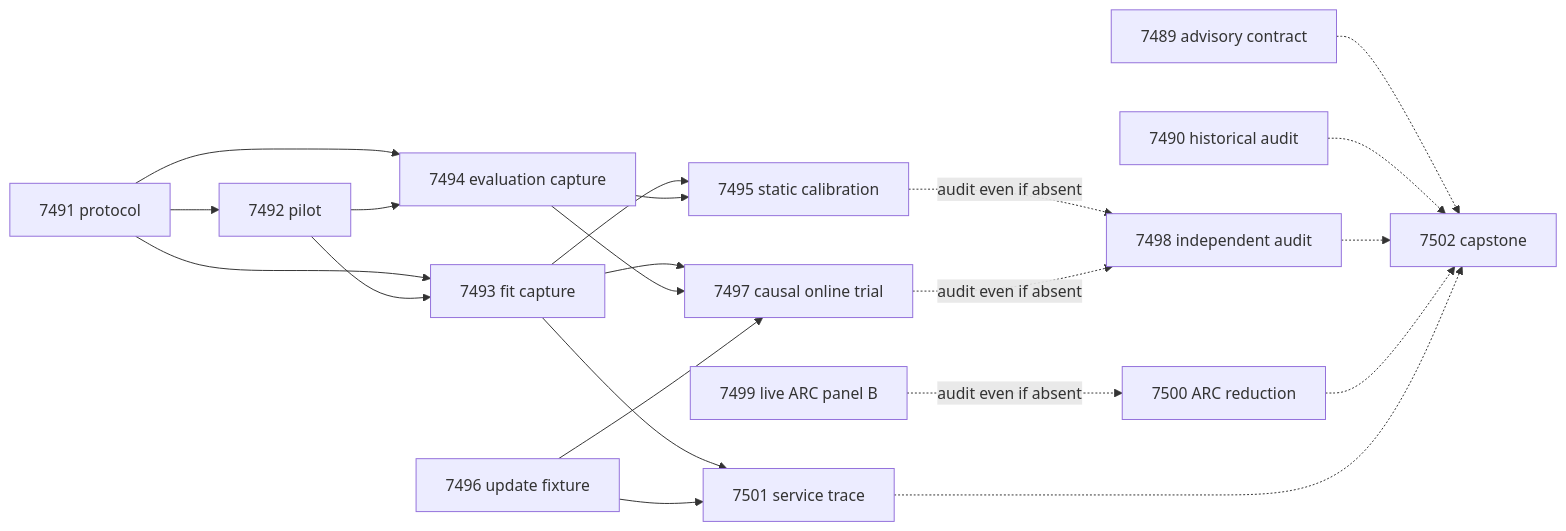
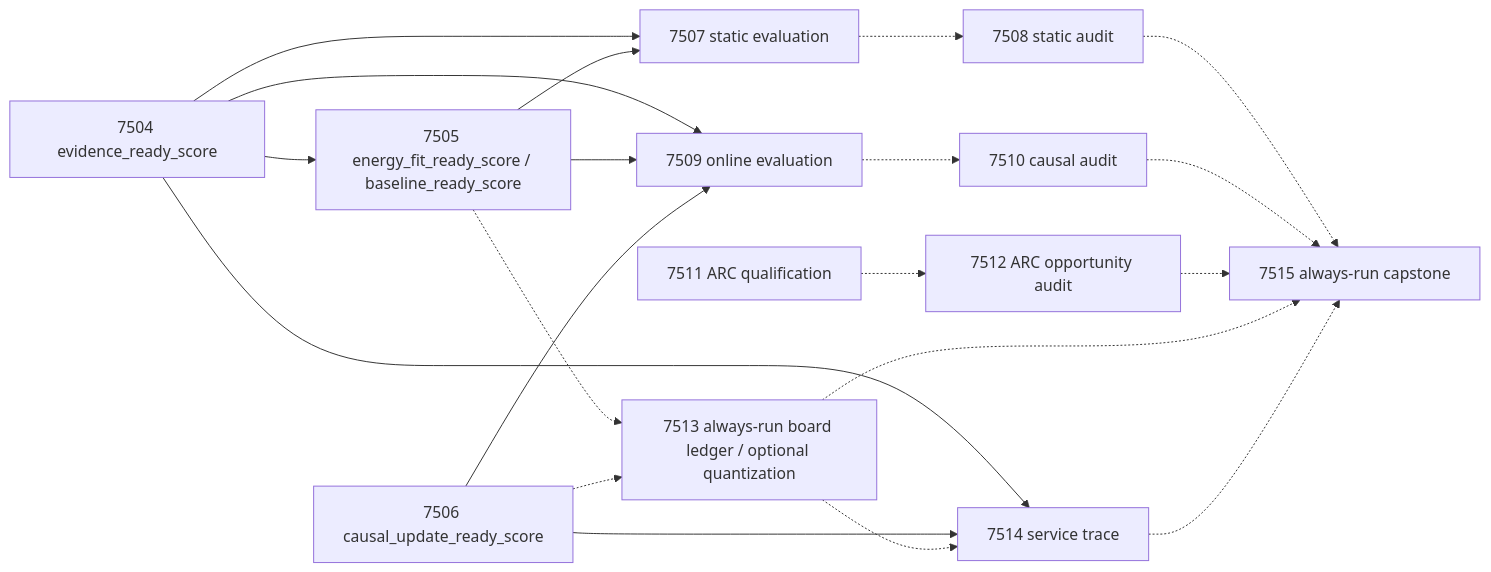
One commit to Carnot-EBM/carnot-ebm changed the second of 2 diagrams in openspec/change-proposals/research-roadmap-vNEXT.md. Above: the diagram before and after it, drawn with Mermaid. The commit also changed other lines of this file and 19 other files, not shown here.

````diff
--- a/openspec/change-proposals/research-roadmap-vNEXT.md
+++ b/openspec/change-proposals/research-roadmap-vNEXT.md
@@ -412,23 +330,22 @@
 ```mermaid
 flowchart LR
-    E7491[7491 protocol] --> E7492[7492 pilot]
-    E7491 --> E7493[7493 fit capture]
-    E7491 --> E7494[7494 evaluation capture]
-    E7492 --> E7493
-    E7492 --> E7494
-    E7493 --> E7495[7495 static calibration]
-    E7494 --> E7495
-    E7493 --> E7497[7497 causal online trial]
-    E7494 --> E7497
-    E7496[7496 update fixture] --> E7497
-    E7493 --> E7501[7501 service trace]
-    E7496 --> E7501
-    E7495 -. audit even if absent .-> E7498[7498 independent audit]
-    E7497 -. audit even if absent .-> E7498
-    E7499[7499 live ARC panel B] -. audit even if absent .-> E7500[7500 ARC reduction]
-    E7489[7489 advisory contract] -.-> E7502[7502 capstone]
-    E7490[7490 historical audit] -.-> E7502
-    E7498 -.-> E7502
-    E7500 -.-> E7502
-    E7501 -.-> E7502
+  e7504[7504 evidence_ready_score] --> e7505[7505 energy_fit_ready_score / baseline_ready_score]
+  e7504 --> e7507[7507 static evaluation]
+  e7505 --> e7507
+  e7504 --> e7509[7509 online evaluation]
+  e7505 --> e7509
+  e7506[7506 causal_update_ready_score] --> e7509
+  e7504 --> e7514[7514 service trace]
+  e7506 --> e7514
+  e7507 -.-> e7508[7508 static audit]
+  e7509 -.-> e7510[7510 causal audit]
+  e7511[7511 ARC qualification] -.-> e7512[7512 ARC opportunity audit]
+  e7505 -.-> e7513[7513 always-run board ledger / optional quantization]
+  e7506 -.-> e7513
+  e7513 -.-> e7514
+  e7508 -.-> e7515[7515 always-run capstone]
+  e7510 -.-> e7515
+  e7512 -.-> e7515
+  e7513 -.-> e7515
+  e7514 -.-> e7515
 ```
````
